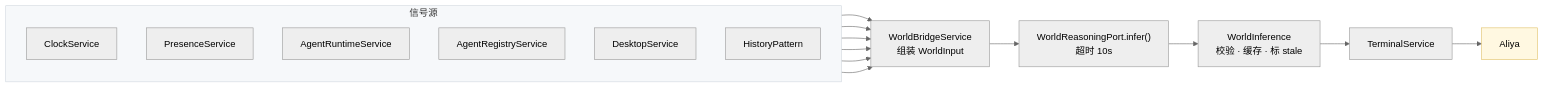
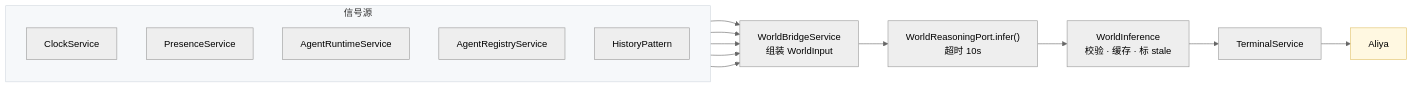
The first of 2 diagrams in docs/wiki/agents/cosmos/world-reasoning.md (muyulov/Aliya-cosmos), drawn with Mermaid (neutral theme) before and after one commit. The commit also changed other lines of this file and 20 other files, not shown here.

````diff
--- a/docs/wiki/agents/cosmos/world-reasoning.md
+++ b/docs/wiki/agents/cosmos/world-reasoning.md
@@ -37,29 +37,27 @@
 ```mermaid
 flowchart LR
     subgraph SRC["信号源"]
         direction TB
         CLK["ClockService"]
         PRE["PresenceService"]
         RT["AgentRuntimeService"]
         REG["AgentRegistryService"]
-        DK["DesktopService"]
         HIS["HistoryPattern"]
     end
 
     WB["WorldBridgeService<br/>组装 WorldInput"]
     PORT["WorldReasoningPort.infer()<br/>超时 10s"]
     WI["WorldInference<br/>校验 · 缓存 · 标 stale"]
     TS["TerminalService"]
     A["Aliya"]
 
     CLK --> WB
     PRE --> WB
     RT --> WB
     REG --> WB
-    DK --> WB
     HIS --> WB
     WB --> PORT --> WI --> TS --> A
 
     style SRC fill:#f6f8fa,stroke:#d0d7de
     style A fill:#fff8e1,stroke:#e0c068
 ```
````
